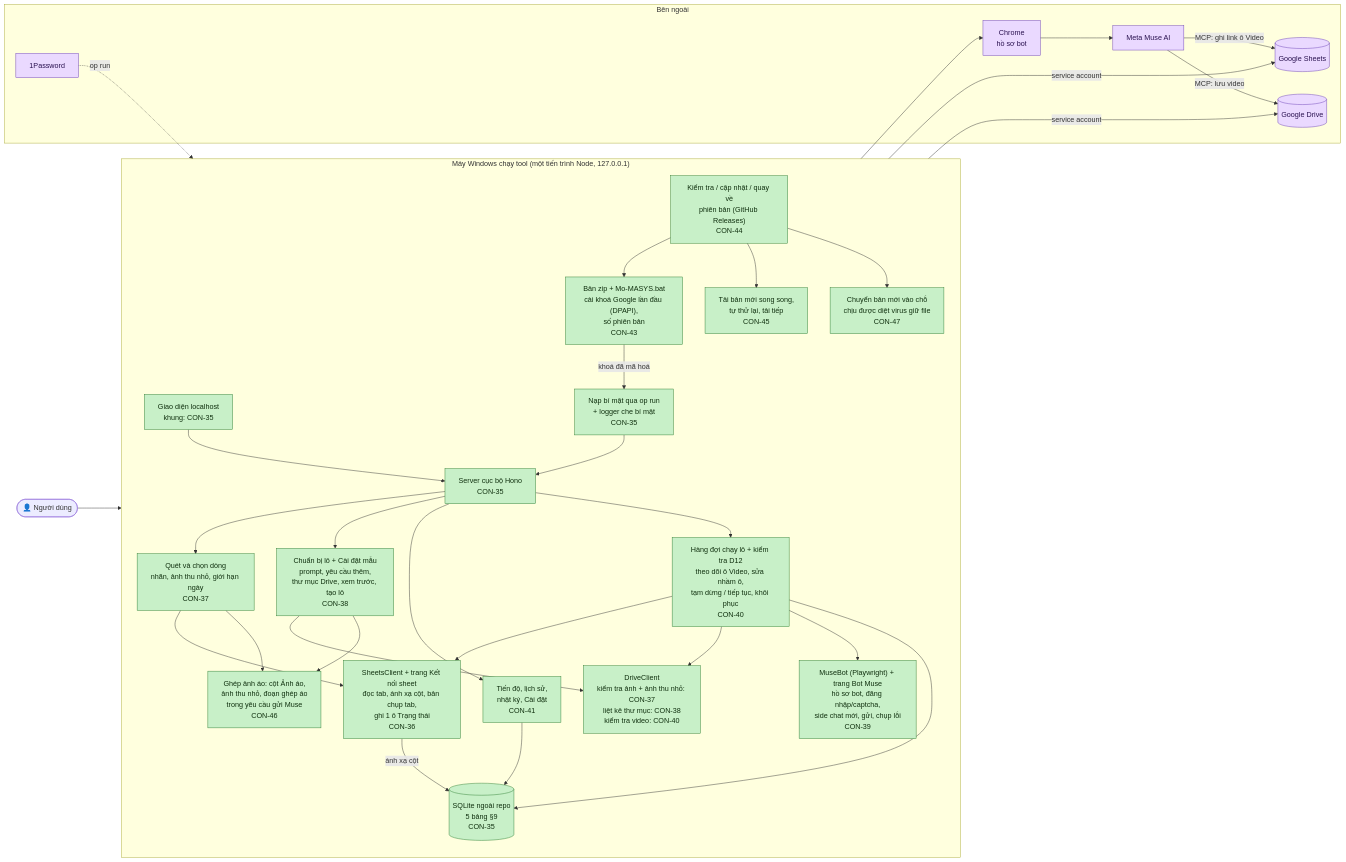
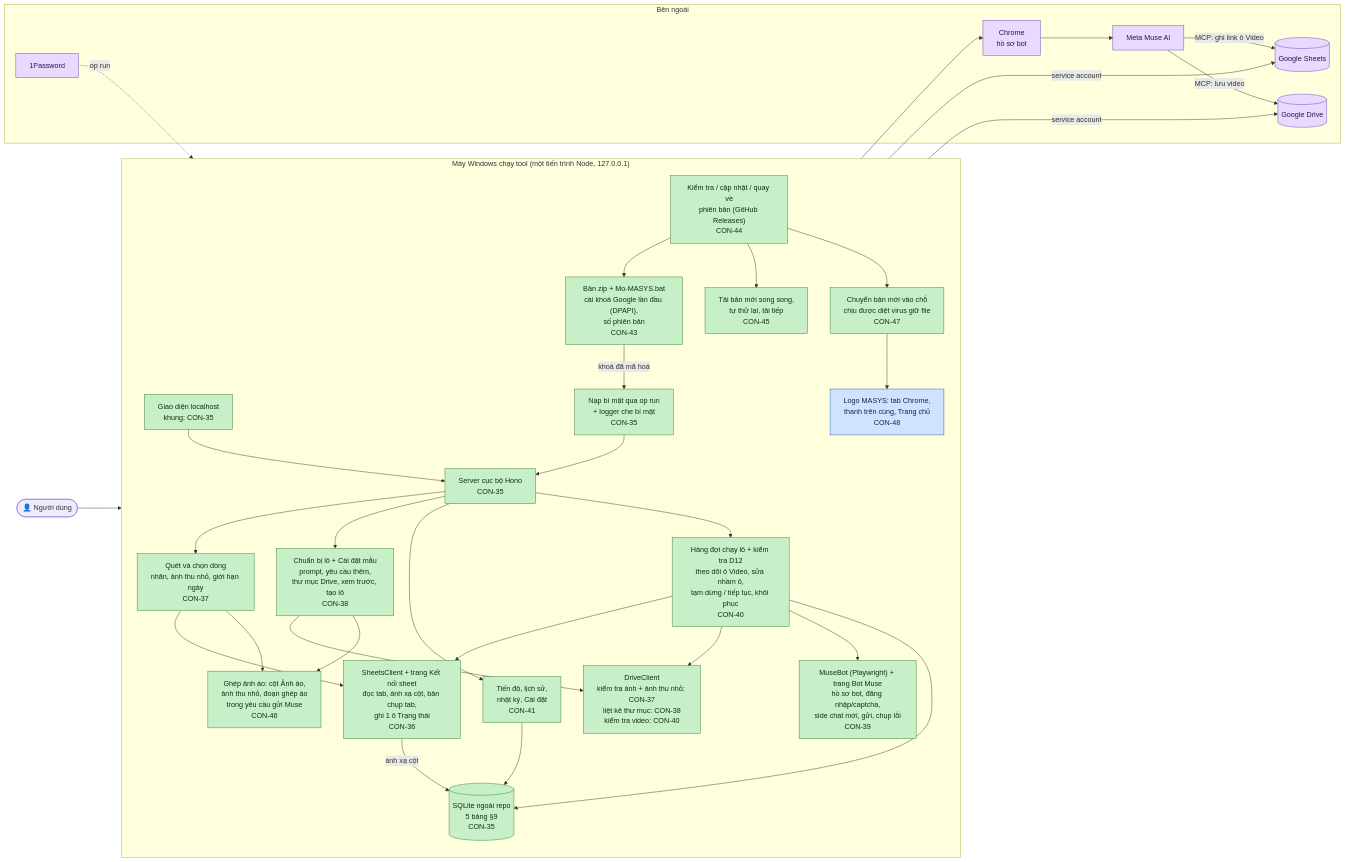
The diagram in TIEN-DO.md (Bach1711/MASYS-VIDEO-GENERATOR), drawn with Mermaid before and after one commit. The commit also changed other lines of this file and 10 other files, not shown here.

First line of the commit message:
CON-48: v1.1.2 — logo MASYS (tab Chrome, thanh trên cùng, Trang chủ)

````diff
--- a/TIEN-DO.md
+++ b/TIEN-DO.md
@@ -17,73 +17,76 @@
 ```mermaid
 flowchart LR
     user(["👤 Người dùng"])
 
     subgraph PC["Máy Windows chạy tool (một tiến trình Node, 127.0.0.1)"]
         direction TB
         ui["Giao diện localhost<br/>khung: CON-35"]
         server["Server cục bộ Hono<br/>CON-35"]
         secrets["Nạp bí mật qua op run<br/>+ logger che bí mật<br/>CON-35"]
         db[("SQLite ngoài repo<br/>5 bảng §9<br/>CON-35")]
 
         sheet["SheetsClient + trang Kết nối sheet<br/>đọc tab, ánh xạ cột, bản chụp tab,<br/>ghi 1 ô Trạng thái<br/>CON-36"]
         scan["Quét và chọn dòng<br/>nhãn, ảnh thu nhỏ, giới hạn ngày<br/>CON-37"]
         editor["Chuẩn bị lô + Cài đặt mẫu<br/>prompt, yêu cầu thêm,<br/>thư mục Drive, xem trước, tạo lô<br/>CON-38"]
         bot["MuseBot (Playwright) + trang Bot Muse<br/>hồ sơ bot, đăng nhập/captcha,<br/>side chat mới, gửi, chụp lỗi<br/>CON-39"]
         queue["Hàng đợi chạy lô + kiểm tra D12<br/>theo dõi ô Video, sửa nhầm ô,<br/>tạm dừng / tiếp tục, khôi phục<br/>CON-40"]
         drive["DriveClient<br/>kiểm tra ảnh + ảnh thu nhỏ: CON-37<br/>liệt kê thư mục: CON-38<br/>kiểm tra video: CON-40"]
         progress["Tiến độ, lịch sử,<br/>nhật ký, Cài đặt<br/>CON-41"]
         pack["Bản zip + Mo-MASYS.bat<br/>cài khoá Google lần đầu (DPAPI),<br/>số phiên bản<br/>CON-43"]
         update["Kiểm tra / cập nhật / quay về<br/>phiên bản (GitHub Releases)<br/>CON-44"]
         download["Tải bản mới song song,<br/>tự thử lại, tải tiếp<br/>CON-45"]
         placing["Chuyển bản mới vào chỗ<br/>chịu được diệt virus giữ file<br/>CON-47"]
+        logo["Logo MASYS: tab Chrome,<br/>thanh trên cùng, Trang chủ<br/>CON-48"]
         shirt["Ghép ảnh áo: cột Ảnh áo,<br/>ảnh thu nhỏ, đoạn ghép áo<br/>trong yêu cầu gửi Muse<br/>CON-46"]
     end
 
     subgraph EXT["Bên ngoài"]
         gsheets[("Google Sheets")]
         gdrive[("Google Drive")]
         chrome["Chrome<br/>hồ sơ bot"]
         muse["Meta Muse AI"]
         op["1Password"]
     end
 
     user --> ui --> server
     server --> scan & editor & progress
     scan --> sheet
     editor --> drive
     server --> queue
     queue --> sheet & drive & bot
     queue --> db
     progress --> db
     sheet -- "ánh xạ cột" --> db
     sheet -- "service account" --> gsheets
     drive -- "service account" --> gdrive
     bot --> chrome --> muse
     muse -- "MCP: lưu video" --> gdrive
     muse -- "MCP: ghi link ô Video" --> gsheets
     op -. "op run" .-> secrets --> server
     pack -- "khoá đã mã hoá" --> secrets
     update --> pack
     update --> download
     update --> placing
+    placing --> logo
     scan --> shirt
     editor --> shirt
 
     classDef done fill:#c8f0c8,stroke:#2e7d32,color:#10300f
     classDef review fill:#cfe3ff,stroke:#1f5fbf,color:#0c2550
     classDef doing fill:#fff1b8,stroke:#b38600,color:#3d2e00
     classDef todo fill:#eeeeee,stroke:#9e9e9e,color:#333333
     classDef ext fill:#ead9ff,stroke:#6a3fb5,color:#2a1250
 
     class ui,server,secrets,db,sheet,scan,editor done
     class drive done
     class bot done
     class queue done
     class progress done
     class pack done
     class update done
     class download done
     class shirt done
     class placing done
+    class logo review
     class gsheets,gdrive,chrome,muse,op ext
 ```
````
